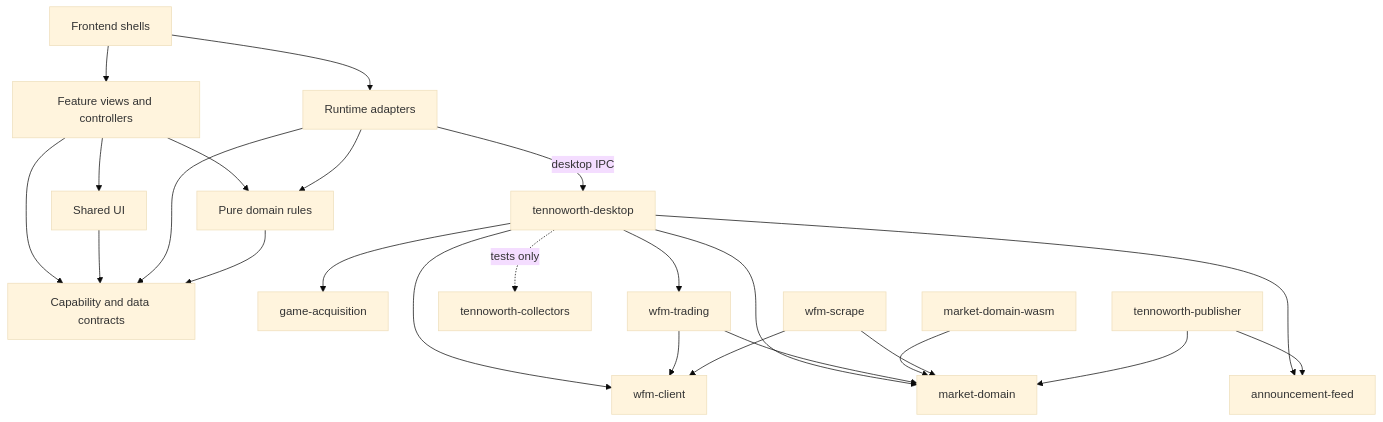
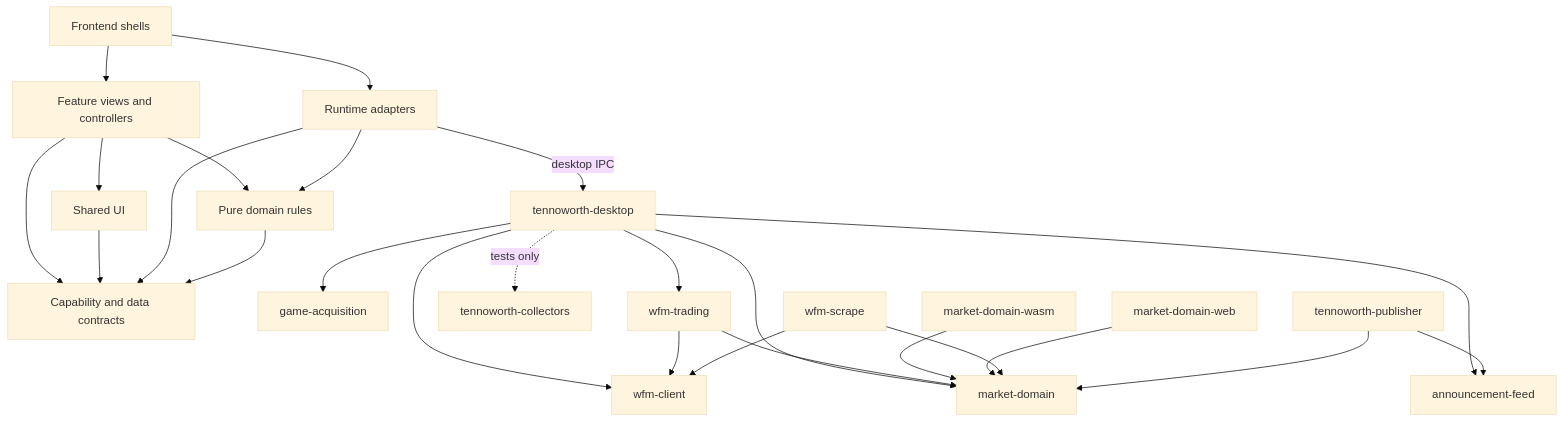
Before and after one commit to tennoworth/tennoworth: the diagram in docs/architecture.md, drawn with Mermaid (base theme). The commit also changed other lines of this file and 37 other files, not shown here.

````diff
--- a/docs/architecture.md
+++ b/docs/architecture.md
@@ -179,26 +180,27 @@
 ```mermaid
 flowchart TD
   Shells[Frontend shells] --> Features[Feature views and controllers]
   Shells --> Adapters[Runtime adapters]
   Features --> Contracts[Capability and data contracts]
   Features --> Domain[Pure domain rules]
   Features --> UI[Shared UI]
   UI --> Contracts
   Adapters --> Contracts
   Adapters --> Domain
   Domain --> Contracts
   Adapters -->|desktop IPC| Desktop[tennoworth-desktop]
   Desktop --> Acq[game-acquisition]
   Desktop --> Core[wfm-trading]
   Desktop --> Client[wfm-client]
   Desktop --> Market[market-domain]
   Desktop --> Feed[announcement-feed]
   Desktop -.->|tests only| Collectors[tennoworth-collectors]
   Core --> Client
   Core --> Market
   Wasm[market-domain-wasm] --> Market
+  Web[market-domain-web] --> Market
   Scrape[wfm-scrape] --> Market
   Scrape --> Client
   Publisher[tennoworth-publisher] --> Feed
   Publisher --> Market
 ```
````
